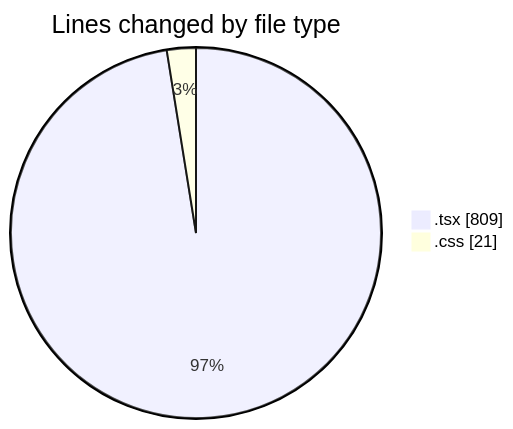
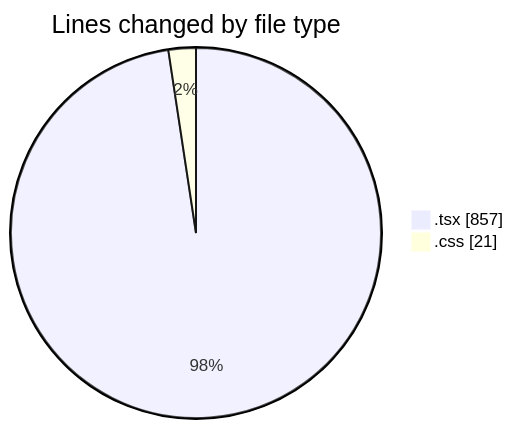
One commit to robertbonfada/code-tracking changed the first of 2 diagrams in 2025-02-07/mbc-web/README.md. Above: the diagram before and after it, drawn with Mermaid. The commit also changed other lines of this file and 1 other file, not shown here.

````diff
--- a/2025-02-07/mbc-web/README.md
+++ b/2025-02-07/mbc-web/README.md
@@ -28,6 +28,6 @@
 ```mermaid
 pie showData
 title Lines changed by file type
-".tsx" : 809
+".tsx" : 857
 ".css" : 21
 ```
````
